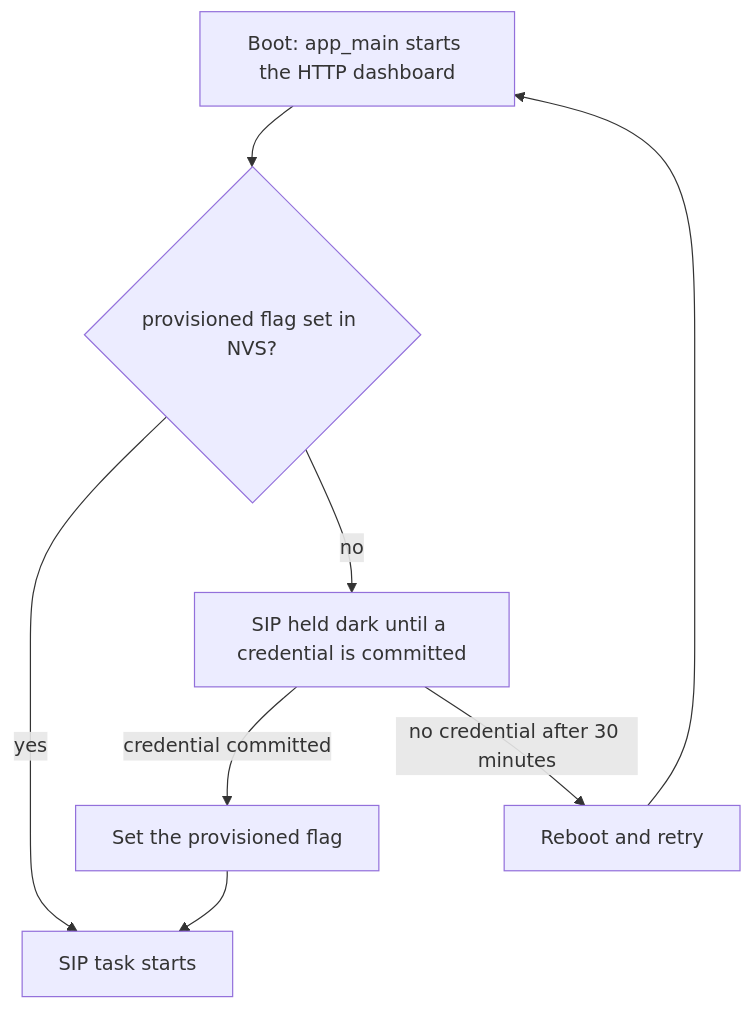
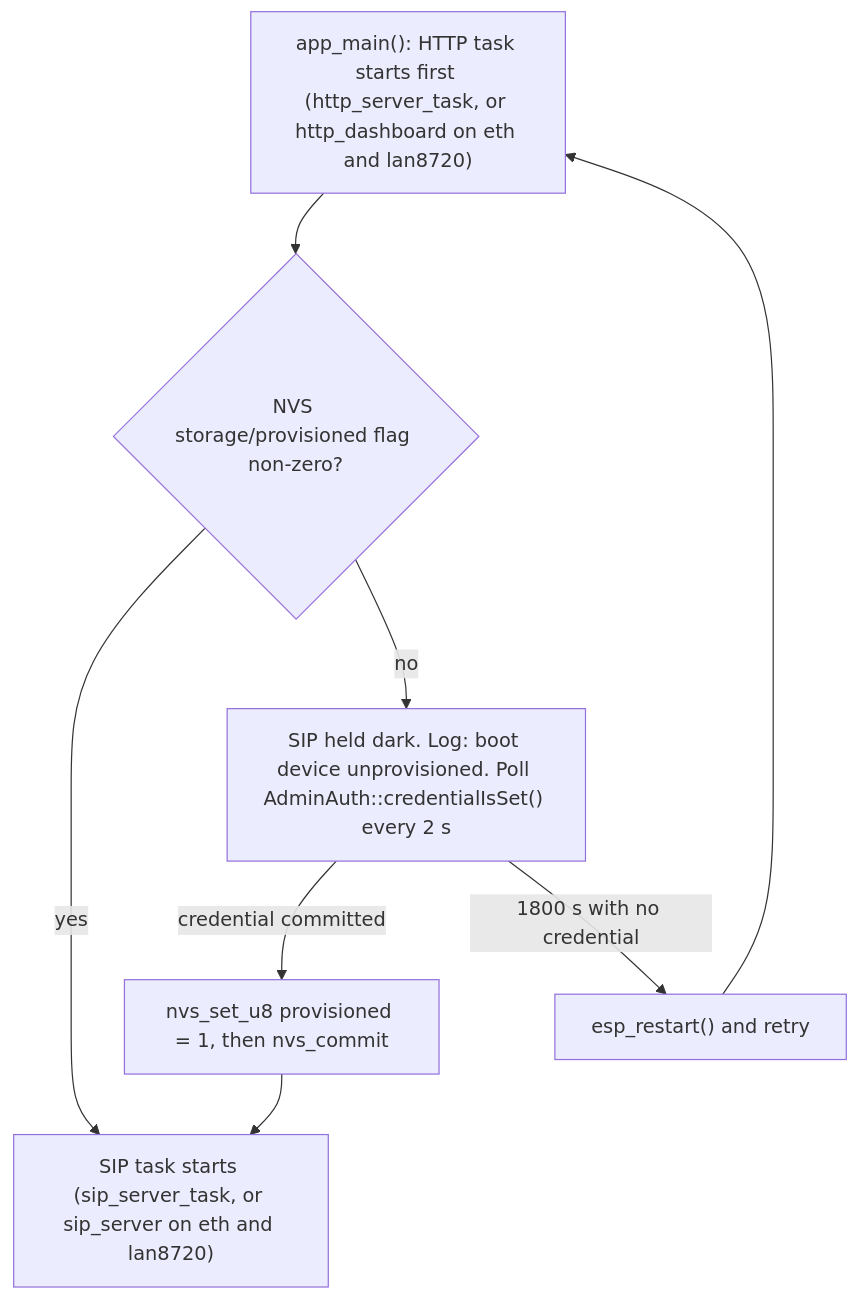
One commit to GlomarGadaffi/pocket-dial changed the first of 2 diagrams in docs/TROUBLESHOOTING.md. Above: the diagram before and after it, drawn with Mermaid. The commit also changed other lines of this file and 29 other files, not shown here.

First line of the commit message:
docs: make the Mermaid diagrams exact against main (#1105)

````diff
--- a/docs/TROUBLESHOOTING.md
+++ b/docs/TROUBLESHOOTING.md
@@ -99,10 +99,10 @@
 ```mermaid
 flowchart TD
-    A["Boot: app_main starts the HTTP dashboard"] --> B{"provisioned flag set in NVS?"}
-    B -->|yes| C["SIP task starts"]
-    B -->|no| D["SIP held dark until a credential is committed"]
-    D -->|"credential committed"| E["Set the provisioned flag"]
+    A["app_main(): HTTP task starts first (http_server_task, or http_dashboard on eth and lan8720)"] --> B{"NVS storage/provisioned flag non-zero?"}
+    B -->|yes| C["SIP task starts (sip_server_task, or sip_server on eth and lan8720)"]
+    B -->|no| D["SIP held dark. Log: boot device unprovisioned. Poll AdminAuth::credentialIsSet() every 2 s"]
+    D -->|"credential committed"| E["nvs_set_u8 provisioned = 1, then nvs_commit"]
     E --> C
-    D -->|"no credential after 30 minutes"| F["Reboot and retry"]
+    D -->|"1800 s with no credential"| F["esp_restart() and retry"]
     F --> A
 ```
````
